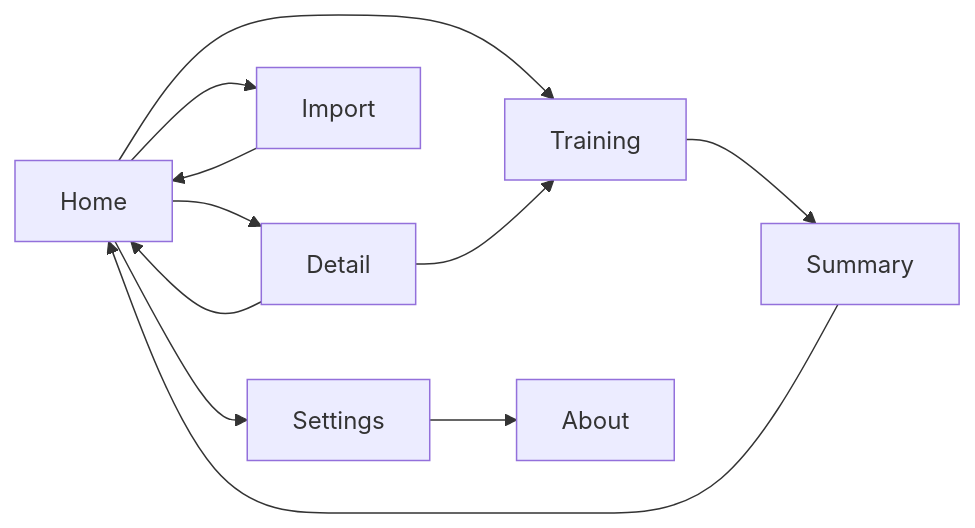
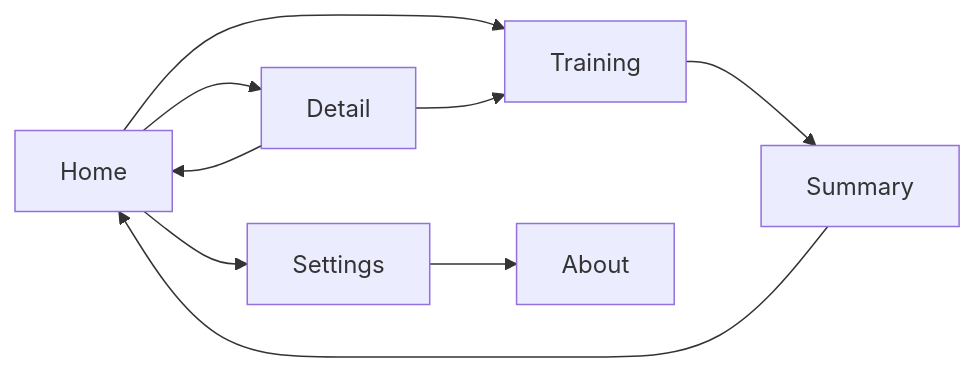
The diagram in docs/PRD.md (nhilaire/chess-opening-trainer), drawn with Mermaid before and after one commit. The commit also changed other lines of this file and 11 other files, not shown here.

````diff
--- a/docs/PRD.md
+++ b/docs/PRD.md
@@ -81,8 +89,7 @@
 ```mermaid
 flowchart LR
   Home --> Training --> Summary --> Home
   Home --> Detail --> Training
   Detail --> Home
-  Home --> Import --> Home
   Home --> Settings --> About
 ```
````
